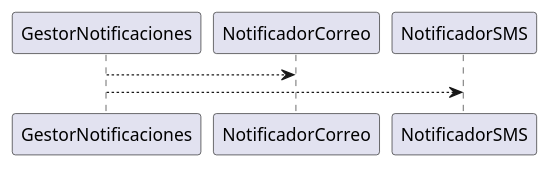
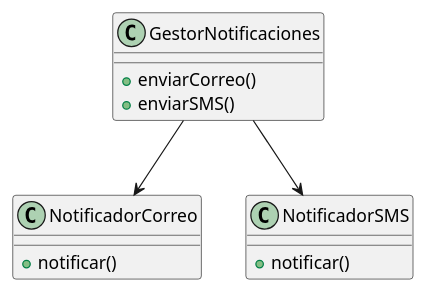
One commit to LuchoJoestar/Patrones changed the third of 3 diagrams in CorreccionDiagrama/README.md. Above: the diagram before and after it, drawn with PlantUML. The commit also changed other lines of this file and 1 other file, not shown here.

````diff
--- a/CorreccionDiagrama/README.md
+++ b/CorreccionDiagrama/README.md
@@ -69,4 +60,17 @@
 ```plantuml
+class GestorNotificaciones {
+  + enviarCorreo()
+  + enviarSMS()
+}
+
+class NotificadorCorreo {
+  + notificar()
+}
+
+class NotificadorSMS {
+  + notificar()
+}
+
 GestorNotificaciones --> NotificadorCorreo
 GestorNotificaciones --> NotificadorSMS
 ```
````
